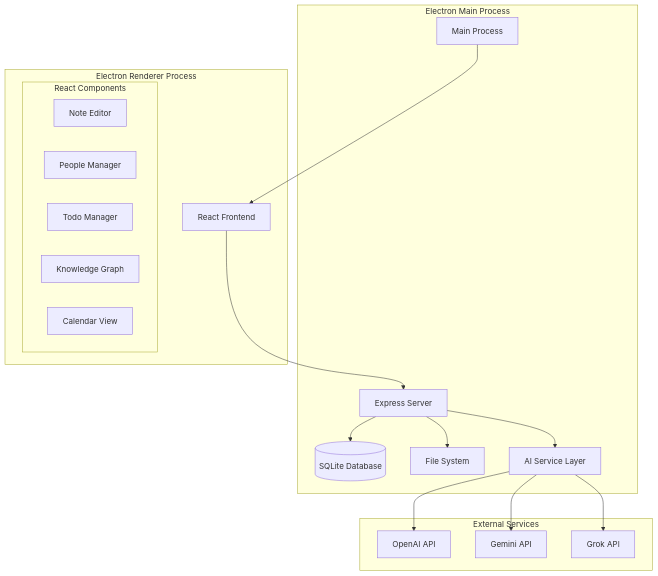
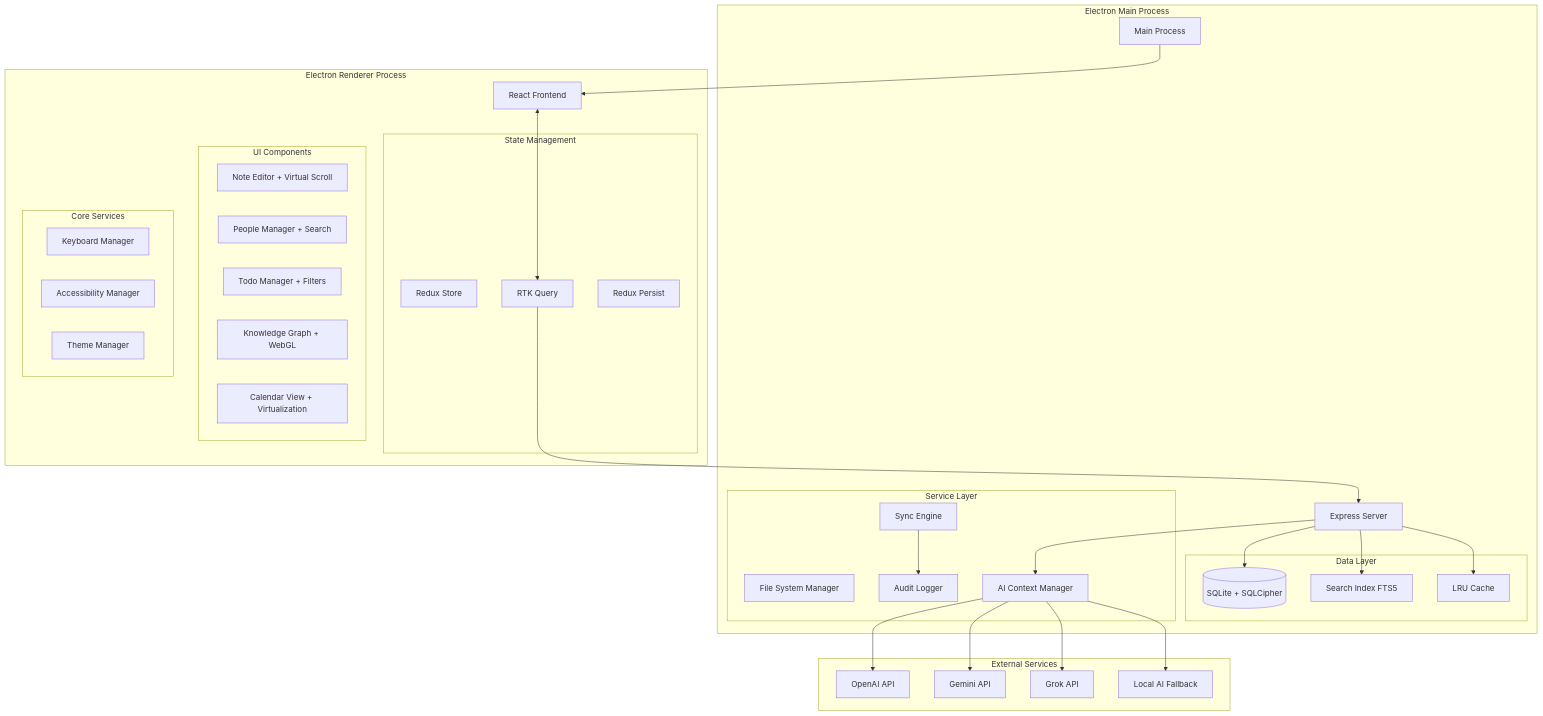
The diagram in .kiro/specs/desktop-web-deployment/design.md (nnjoshi14/NoteSage), drawn with Mermaid before and after one commit. The commit also changed other lines of this file, not shown here.

````diff
--- a/.kiro/specs/desktop-web-deployment/design.md
+++ b/.kiro/specs/desktop-web-deployment/design.md
@@ -13,36 +13,59 @@
 ```mermaid
 graph TB
     subgraph "Electron Main Process"
         MP[Main Process]
         ES[Express Server]
-        DB[(SQLite Database)]
-        FS[File System]
-        AI[AI Service Layer]
+        subgraph "Data Layer"
+            DB[(SQLite + SQLCipher)]
+            IDX[Search Index FTS5]
+            CACHE[LRU Cache]
+        end
+        subgraph "Service Layer"
+            FS[File System Manager]
+            AI[AI Context Manager]
+            SYNC[Sync Engine]
+            AUDIT[Audit Logger]
+        end
     end
     
     subgraph "Electron Renderer Process"
         RF[React Frontend]
-        subgraph "React Components"
-            NE[Note Editor]
-            PM[People Manager]
-            TM[Todo Manager]
-            KG[Knowledge Graph]
-            CV[Calendar View]
+        subgraph "State Management"
+            STORE[Redux Store]
+            RTK[RTK Query]
+            PERSIST[Redux Persist]
+        end
+        subgraph "UI Components"
+            NE[Note Editor + Virtual Scroll]
+            PM[People Manager + Search]
+            TM[Todo Manager + Filters]
+            KG[Knowledge Graph + WebGL]
+            CV[Calendar View + Virtualization]
+        end
+        subgraph "Core Services"
+            KB[Keyboard Manager]
+            A11Y[Accessibility Manager]
+            THEME[Theme Manager]
         end
     end
     
     subgraph "External Services"
         OPENAI[OpenAI API]
         GEMINI[Gemini API]
         GROK[Grok API]
+        LOCAL_AI[Local AI Fallback]
     end
     
     MP --> RF
-    RF --> ES
+    RF <--> RTK
+    RTK --> ES
     ES --> DB
-    ES --> FS
+    ES --> IDX
+    ES --> CACHE
     ES --> AI
     AI --> OPENAI
     AI --> GEMINI
     AI --> GROK
+    AI --> LOCAL_AI
+    SYNC --> AUDIT
 ```
````
